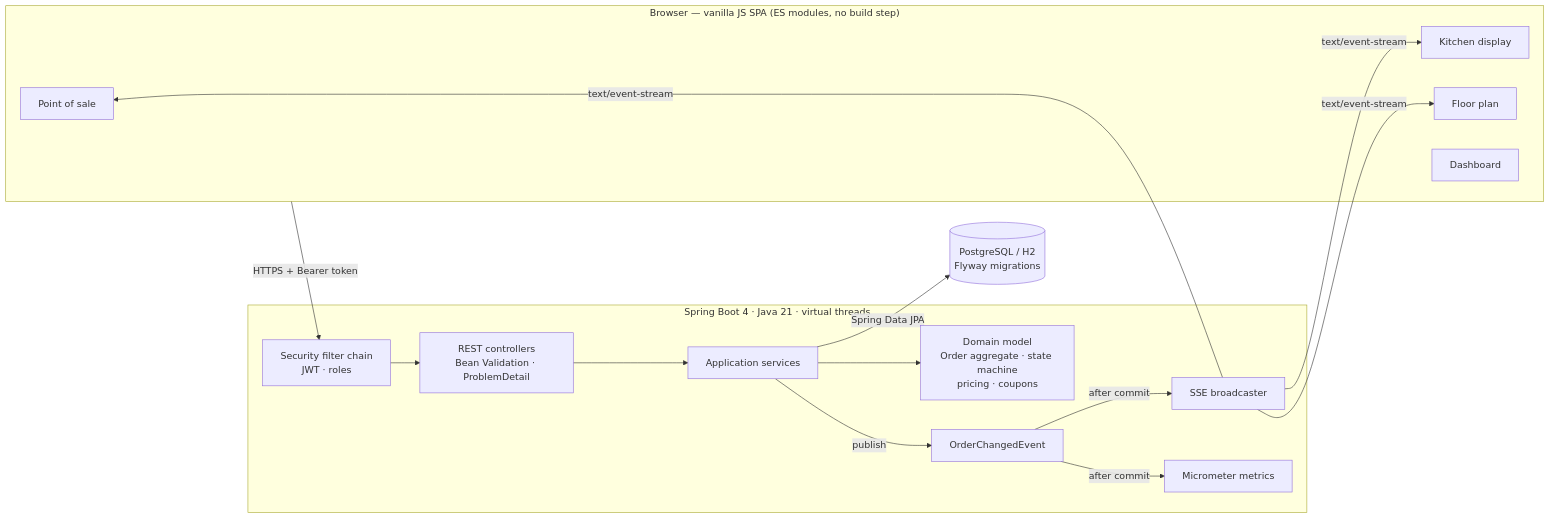
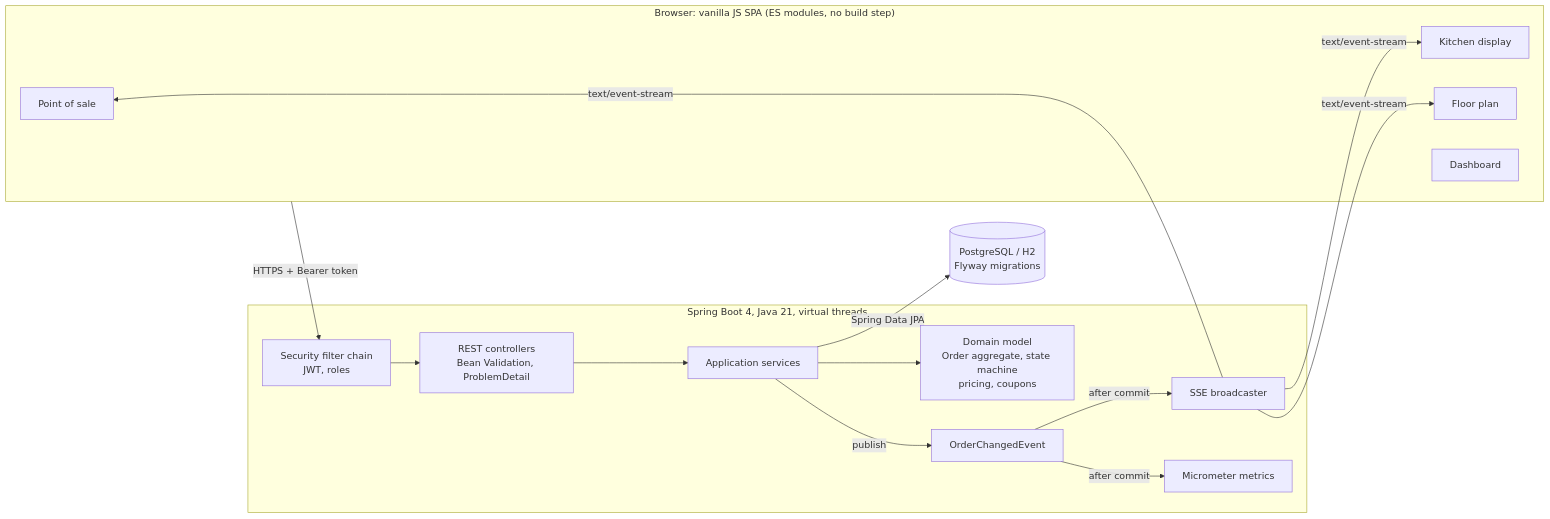
One commit to UmutVarol/Restaurant-Order-Processing changed the first of 2 diagrams in README.md. Above: the diagram before and after it, drawn with Mermaid. The commit also changed other lines of this file and 37 other files, not shown here.

````diff
--- a/README.md
+++ b/README.md
@@ -112,28 +113,28 @@
 ```mermaid
 flowchart LR
-    subgraph Browser["Browser — vanilla JS SPA (ES modules, no build step)"]
+    subgraph Browser["Browser: vanilla JS SPA (ES modules, no build step)"]
         POS[Point of sale]
         KDS[Kitchen display]
         FLOOR[Floor plan]
         DASH[Dashboard]
     end
 
-    subgraph App["Spring Boot 4 · Java 21 · virtual threads"]
-        SEC[Security filter chain<br/>JWT · roles]
-        API[REST controllers<br/>Bean Validation · ProblemDetail]
+    subgraph App["Spring Boot 4, Java 21, virtual threads"]
+        SEC[Security filter chain<br/>JWT, roles]
+        API[REST controllers<br/>Bean Validation, ProblemDetail]
         SVC[Application services]
-        DOM[Domain model<br/>Order aggregate · state machine<br/>pricing · coupons]
+        DOM[Domain model<br/>Order aggregate, state machine<br/>pricing, coupons]
         EVT[OrderChangedEvent]
         SSE[SSE broadcaster]
         MET[Micrometer metrics]
     end
 
     DB[(PostgreSQL / H2<br/>Flyway migrations)]
 
     Browser -- "HTTPS + Bearer token" --> SEC --> API --> SVC --> DOM
     SVC -- Spring Data JPA --> DB
     SVC -- publish --> EVT
     EVT -- "after commit" --> SSE
     EVT -- "after commit" --> MET
     SSE -- "text/event-stream" --> KDS & FLOOR & POS
 ```
````
